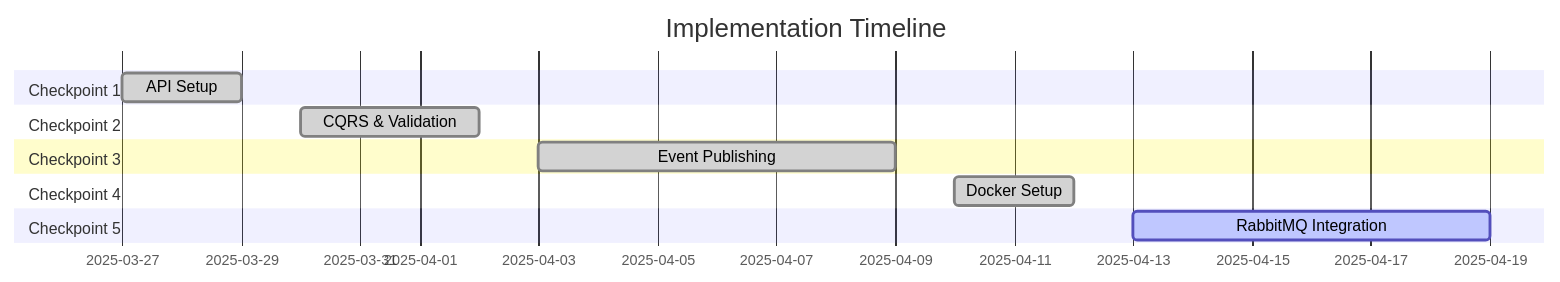
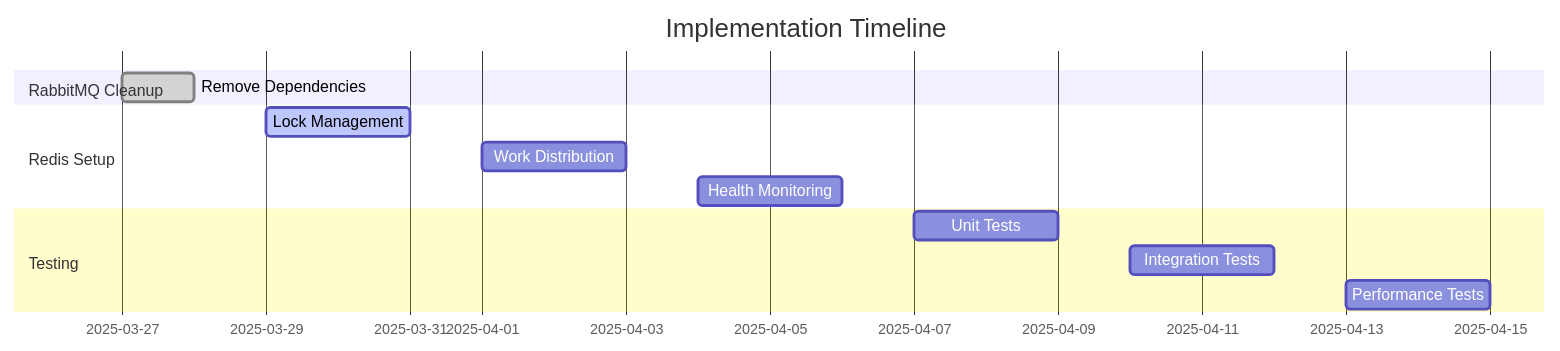
Before and after one commit to hackathon-nstech/database-nsdocs-consumption-module: the third of 3 diagrams in memory-bank/progress.md, drawn with Mermaid. The commit also changed other lines of this file and 63 other files, not shown here.

````diff
--- a/memory-bank/progress.md
+++ b/memory-bank/progress.md
@@ -200,20 +126,18 @@
 ```mermaid
 gantt
     title Implementation Timeline
     dateFormat YYYY-MM-DD
     
-    section Checkpoint 1
-    API Setup :done, 2025-03-27, 2025-03-29
+    section RabbitMQ Cleanup
+    Remove Dependencies :done, 2025-03-27, 2025-03-28
     
-    section Checkpoint 2
-    CQRS & Validation :done, 2025-03-30, 2025-04-02
+    section Redis Setup
+    Lock Management :active, 2025-03-29, 2025-03-31
+    Work Distribution :2025-04-01, 2025-04-03
+    Health Monitoring :2025-04-04, 2025-04-06
     
-    section Checkpoint 3
-    Event Publishing :done, 2025-04-03, 2025-04-09
-    
-    section Checkpoint 4
-    Docker Setup :done, 2025-04-10, 2025-04-12
-    
-    section Checkpoint 5
-    RabbitMQ Integration :active, 2025-04-13, 2025-04-19
+    section Testing
+    Unit Tests :2025-04-07, 2025-04-09
+    Integration Tests :2025-04-10, 2025-04-12
+    Performance Tests :2025-04-13, 2025-04-15
 ```
````
